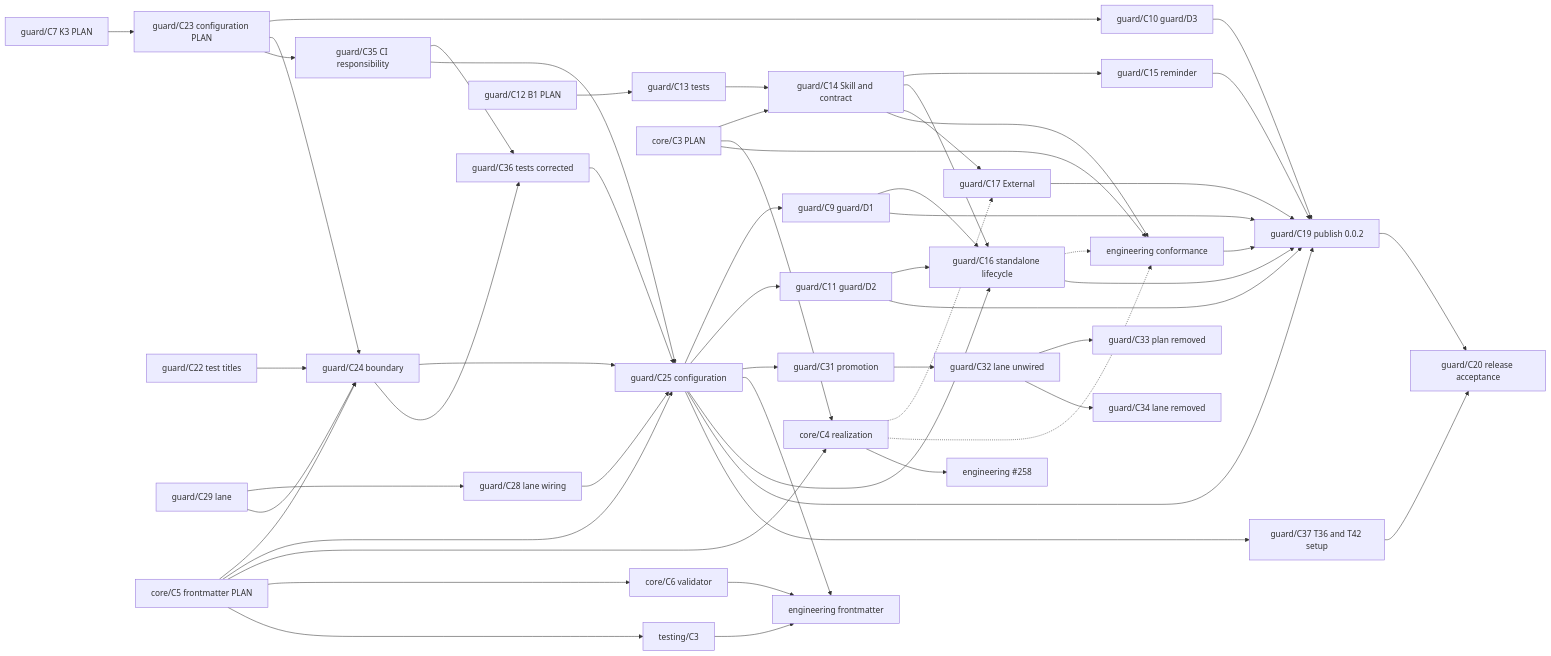
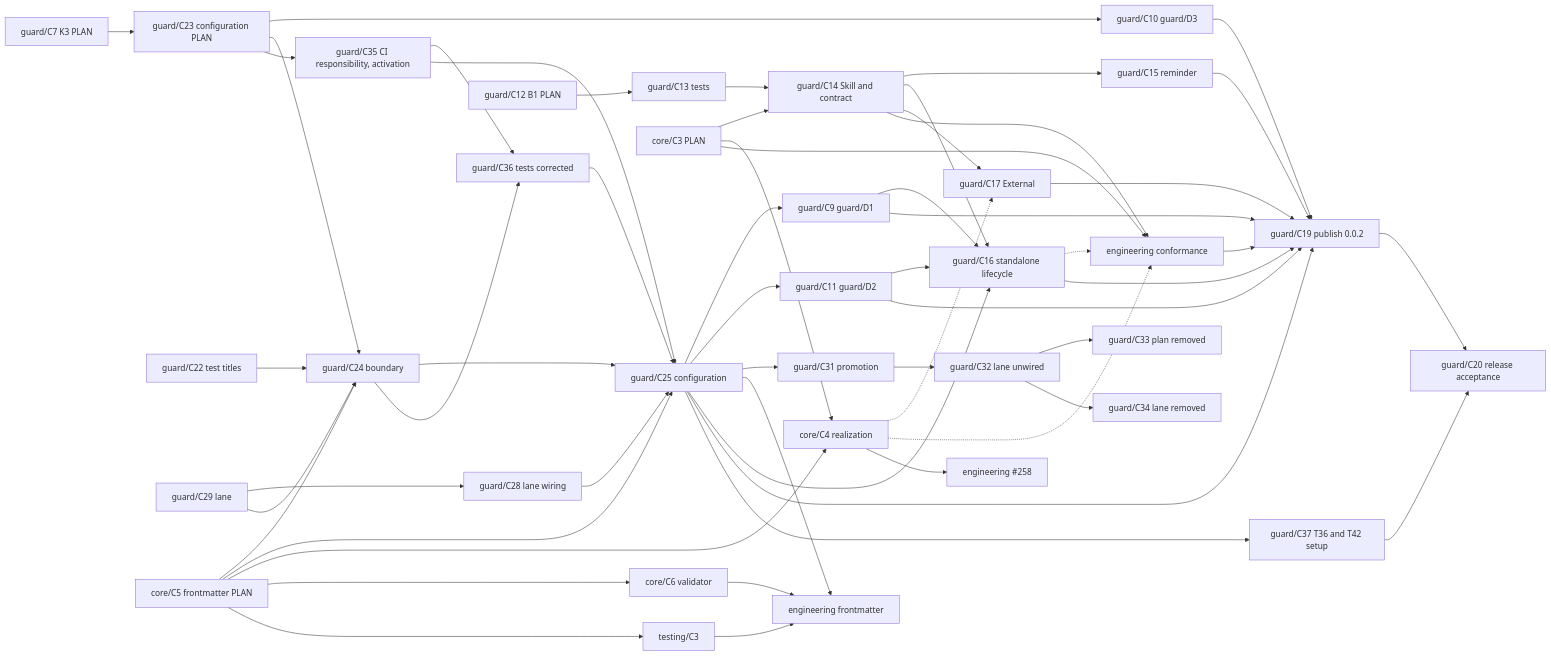
Before and after one commit to Kai-Hacks-AI/KAAL: the diagram in engineering/guard/change.md, drawn with Mermaid. The commit also changed other lines of this file and 2 other files, not shown here.

First line of the commit message:
guard/C35: initialization, registration and activation apart (guard/F30); hook, not local

````diff
--- a/engineering/guard/change.md
+++ b/engineering/guard/change.md
@@ -224,57 +226,57 @@
 ```mermaid
 graph LR
   C7[guard/C7 K3 PLAN] --> C23[guard/C23 configuration PLAN]
   C25 --> C9[guard/C9 guard/D1]
   C23 --> C10[guard/C10 guard/D3]
   C25 --> C11[guard/C11 guard/D2]
   C22[guard/C22 test titles] --> C24[guard/C24 boundary]
   C23 --> C24
   C29[guard/C29 lane] --> C28[guard/C28 lane wiring]
   C29 --> C24
   C28 --> C25
   C24 --> C25[guard/C25 configuration]
-  C23 --> C35[guard/C35 CI responsibility]
+  C23 --> C35[guard/C35 CI responsibility, activation]
   C35 --> C36[guard/C36 tests corrected]
   C24 --> C36
   C35 --> C25
   C36 --> C25
   C25 --> C31[guard/C31 promotion]
   C31 --> C32[guard/C32 lane unwired]
   C32 --> C33[guard/C33 plan removed]
   C32 --> C34[guard/C34 lane removed]
   FM5 --> C24
   FM5 --> C25
   C25 --> FE
   C12[guard/C12 B1 PLAN] --> C13[guard/C13 tests]
   C13 --> C14[guard/C14 Skill and contract]
   CP[core/C3 PLAN] --> C14
   C14 --> C15[guard/C15 reminder]
   C14 --> C16[guard/C16 standalone lifecycle]
   C25 --> C16
   C9 --> C16
   C11 --> C16
   C14 --> C17[guard/C17 External]
   CP --> CR[core/C4 realization]
   FM5[core/C5 frontmatter PLAN] --> CR
   FM5 --> FM6[core/C6 validator]
   FM5 --> TT[testing/C3]
   FM6 --> FE[engineering frontmatter]
   TT --> FE
   CR -.-> C17
   C14 --> EC[engineering conformance]
   CP --> EC
   C16 -.-> EC
   CR -.-> EC
   CR --> EA[engineering #258]
   C9 --> C19[guard/C19 publish 0.0.2]
   C10 --> C19
   C11 --> C19
   C15 --> C19
   C16 --> C19
   C25 --> C19
   C17 --> C19
   EC --> C19
   C25 --> C37[guard/C37 T36 and T42 setup]
   C37 --> C20[guard/C20 release acceptance]
   C19 --> C20
 ```
````
